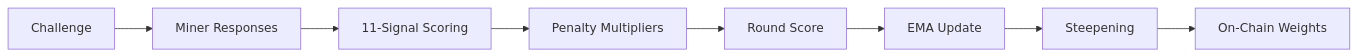
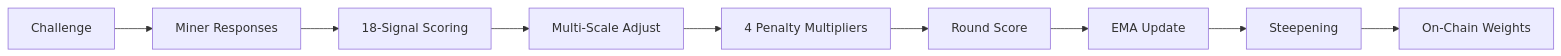
The second of 2 diagrams in README.md (borgg-dev/tuneforge), drawn with Mermaid before and after one commit. The commit also changed other lines of this file and 27 other files, not shown here.

````diff
--- a/README.md
+++ b/README.md
@@ -205,10 +245,11 @@
 ```mermaid
 graph LR
     A[Challenge] --> B[Miner Responses]
-    B --> C[11-Signal Scoring]
-    C --> D[Penalty Multipliers]
-    D --> E[Round Score]
-    E --> F[EMA Update]
-    F --> G[Steepening]
-    G --> H[On-Chain Weights]
+    B --> C[18-Signal Scoring]
+    C --> D[Multi-Scale Adjust]
+    D --> E[4 Penalty Multipliers]
+    E --> F[Round Score]
+    F --> G[EMA Update]
+    G --> H[Steepening]
+    H --> I[On-Chain Weights]
 ```
````
